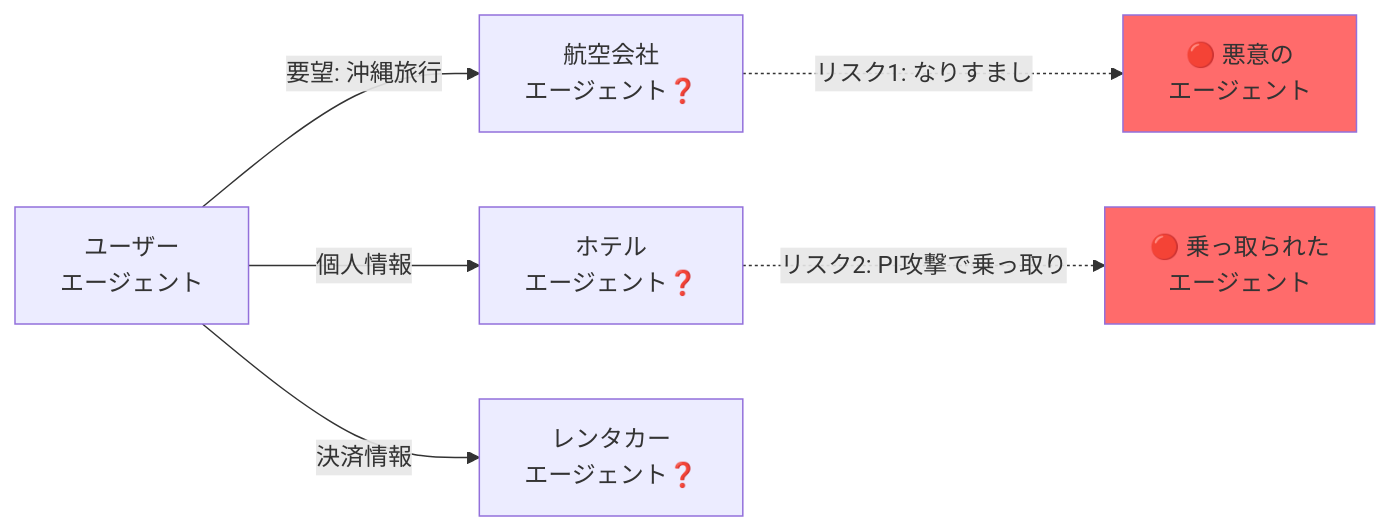
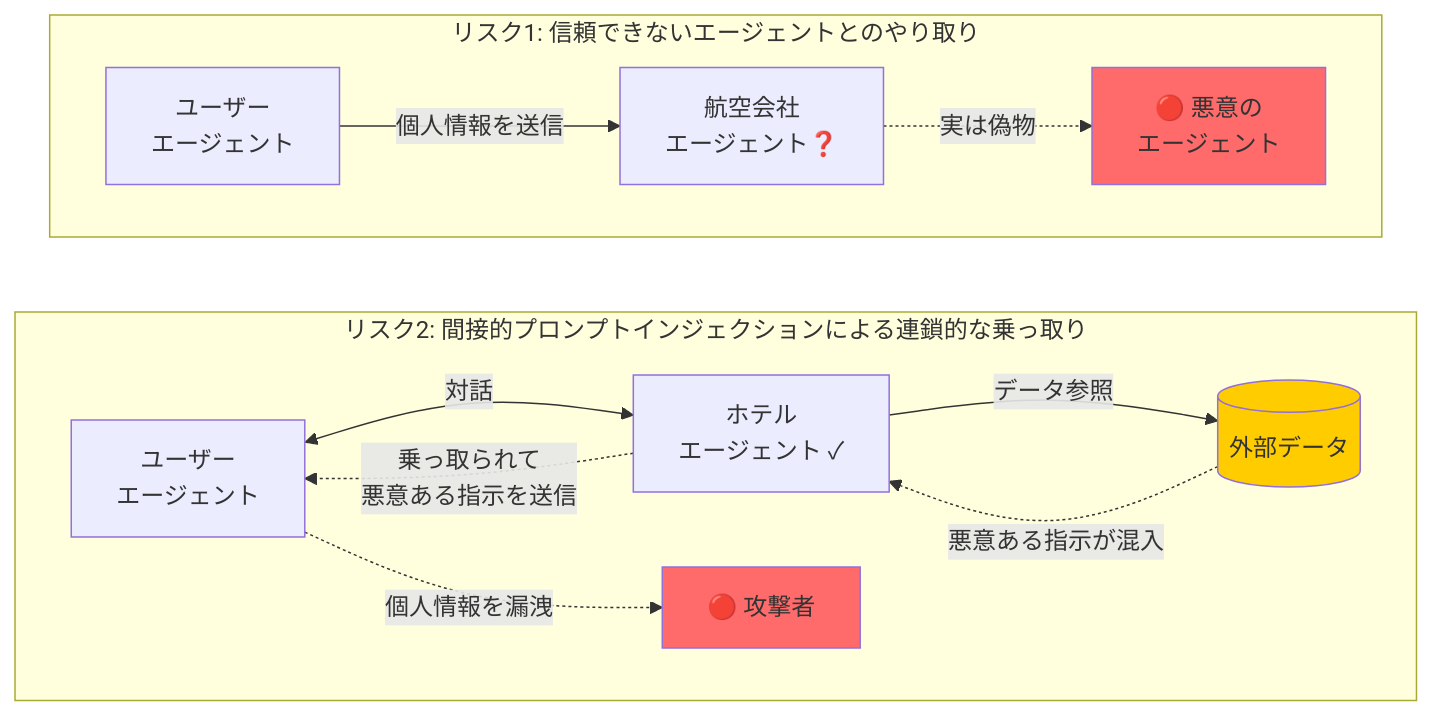
The first of 4 diagrams in README.md (TaichiHiromatsu/secure-ai-agent-matching-platform), drawn with Mermaid before and after one commit.

Commit message:
docs: リスク説明のmermaid図を改善
- リスク1とリスク2を別々のsubgraphに分離して視覚的に区別
- リスク1: 信頼できないエージェントとのやり取り（なりすまし等）
- リスク2: 間接的プロンプトインジェクションによる連鎖的な乗っ取り
  - 外部データに混入した悪意ある指示がホテルエージェントを乗っ取り
  - ユーザーエージェント自身が個人情報を漏洩する流れを表現

🤖 Generated with [Claude Code](https://claude.com/claude-code)

````diff
--- a/README.md
+++ b/README.md
@@ -55,12 +55,23 @@
 ```mermaid
-graph LR
-    A[ユーザー<br/>エージェント] -->|要望: 沖縄旅行| B[航空会社<br/>エージェント❓]
-    A -->|個人情報| C[ホテル<br/>エージェント❓]
-    A -->|決済情報| D[レンタカー<br/>エージェント❓]
+graph TB
+    subgraph R1["リスク1: 信頼できないエージェントとのやり取り"]
+        direction LR
+        A1[ユーザー<br/>エージェント] -->|個人情報を送信| B1[航空会社<br/>エージェント❓]
+        B1 -.->|実は偽物| E1[🔴 悪意の<br/>エージェント]
+    end
 
-    B -.->|リスク1: なりすまし| E[🔴 悪意の<br/>エージェント]
-    C -.->|リスク2: PI攻撃で乗っ取り| F[🔴 乗っ取られた<br/>エージェント]
+    subgraph R2["リスク2: 間接的プロンプトインジェクションによる連鎖的な乗っ取り"]
+        direction LR
+        A2[ユーザー<br/>エージェント] <-->|対話| B2[ホテル<br/>エージェント ✓]
+        B2 -->|データ参照| D2[(外部データ)]
+        D2 -.->|悪意ある指示が混入| B2
+        B2 -.->|乗っ取られて<br/>悪意ある指示を送信| A2
+        A2 -.->|個人情報を漏洩| E2[🔴 攻撃者]
+    end
 
-    style E fill:#ff6b6b
-    style F fill:#ff6b6b
+    R1 ~~~ R2
+
+    style E1 fill:#ff6b6b
+    style E2 fill:#ff6b6b
+    style D2 fill:#ffcc00
 ```
````
